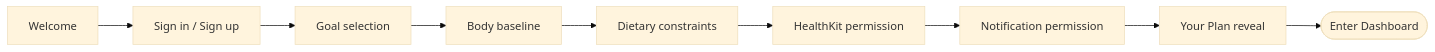
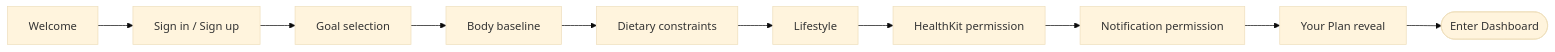
Before and after one commit to RBarbieri13/FuelWell: the second of 2 diagrams in docs/ios-guide/FLOW-CHART.md, drawn with Mermaid (base theme). The commit also changed other lines of this file and 7 other files, not shown here.

````diff
--- a/docs/ios-guide/FLOW-CHART.md
+++ b/docs/ios-guide/FLOW-CHART.md
@@ -73,11 +78,12 @@
 ```mermaid
 flowchart LR
   W[Welcome] --> A[Sign in / Sign up]
   A --> G[Goal selection]
   G --> B[Body baseline]
   B --> D[Dietary constraints]
-  D --> H[HealthKit permission]
+  D --> L[Lifestyle]
+  L --> H[HealthKit permission]
   H --> N[Notification permission]
   N --> P[Your Plan reveal]
   P --> Dash([Enter Dashboard])
 ```
````
